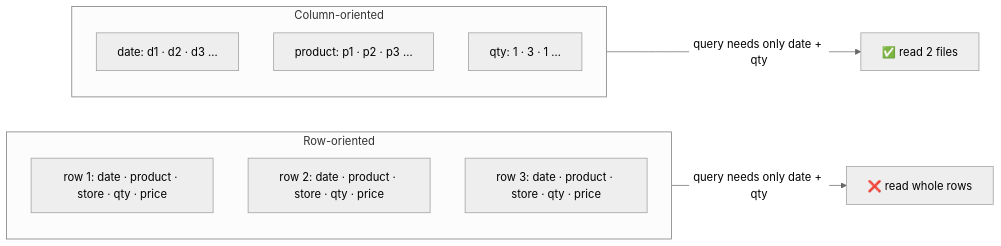
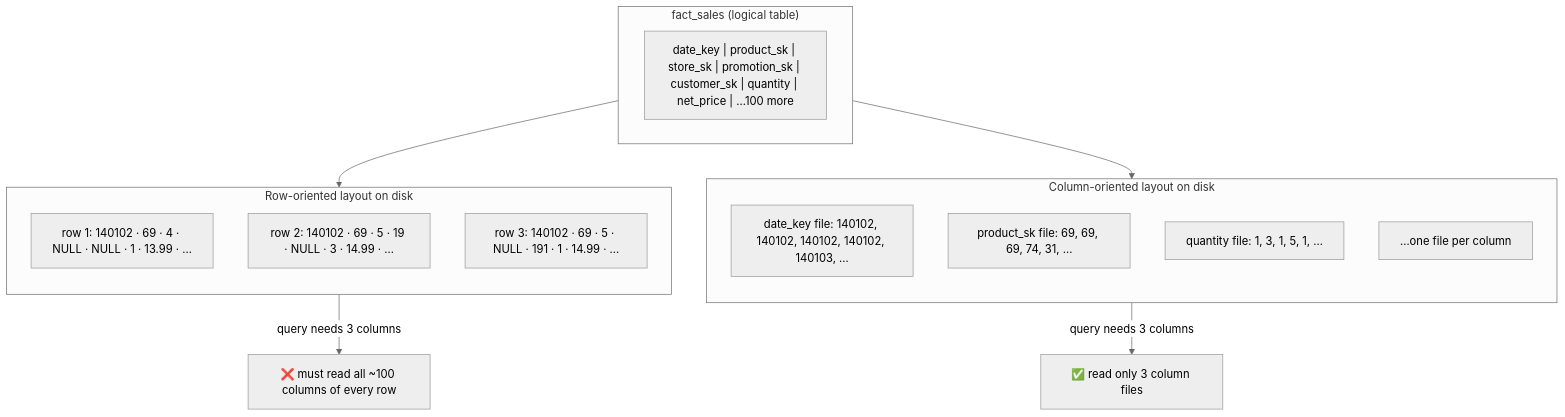
One commit to pratikguru998/ddia-book changed diagram 16 of 20 in docs/chapters/part-1/03-storage-retrieval.mdx. Above: the diagram before and after it, drawn with Mermaid (neutral theme). The commit also changed other lines of this file and 13 other files, not shown here.

Commit message:
Expand all 12 chapters: every book subsection, deeper notes, ~320 diagrams

````diff
--- a/docs/chapters/part-1/03-storage-retrieval.mdx
+++ b/docs/chapters/part-1/03-storage-retrieval.mdx
@@ -219,17 +655,24 @@
 ```mermaid
-flowchart LR
-  subgraph ROW["Row-oriented"]
+flowchart TB
+  subgraph TABLE["fact_sales (logical table)"]
+    direction LR
+    H["date_key | product_sk | store_sk | promotion_sk | customer_sk | quantity | net_price | …100 more"]
+  end
+  subgraph ROW["Row-oriented layout on disk"]
     direction TB
-    R1["row 1: date · product · store · qty · price"]
-    R2["row 2: date · product · store · qty · price"]
-    R3["row 3: date · product · store · qty · price"]
+    R1["row 1: 140102 · 69 · 4 · NULL · NULL · 1 · 13.99 · …"]
+    R2["row 2: 140102 · 69 · 5 · 19 · NULL · 3 · 14.99 · …"]
+    R3["row 3: 140102 · 69 · 5 · NULL · 191 · 1 · 14.99 · …"]
   end
-  subgraph COL["Column-oriented"]
+  subgraph COL["Column-oriented layout on disk"]
     direction TB
-    C1["date: d1 · d2 · d3 …"]
-    C2["product: p1 · p2 · p3 …"]
-    C3["qty: 1 · 3 · 1 …"]
+    C1["date_key file: 140102, 140102, 140102, 140102, 140103, …"]
+    C2["product_sk file: 69, 69, 69, 74, 31, …"]
+    C3["quantity file: 1, 3, 1, 5, 1, …"]
+    C4["…one file per column"]
   end
-  ROW -->|"query needs only date + qty"| X["❌ read whole rows"]
-  COL -->|"query needs only date + qty"| Y["✅ read 2 files"]
+  TABLE --> ROW
+  TABLE --> COL
+  ROW -->|"query needs 3 columns"| X["❌ must read all ~100 columns of every row"]
+  COL -->|"query needs 3 columns"| Y["✅ read only 3 column files"]
 ```
````
